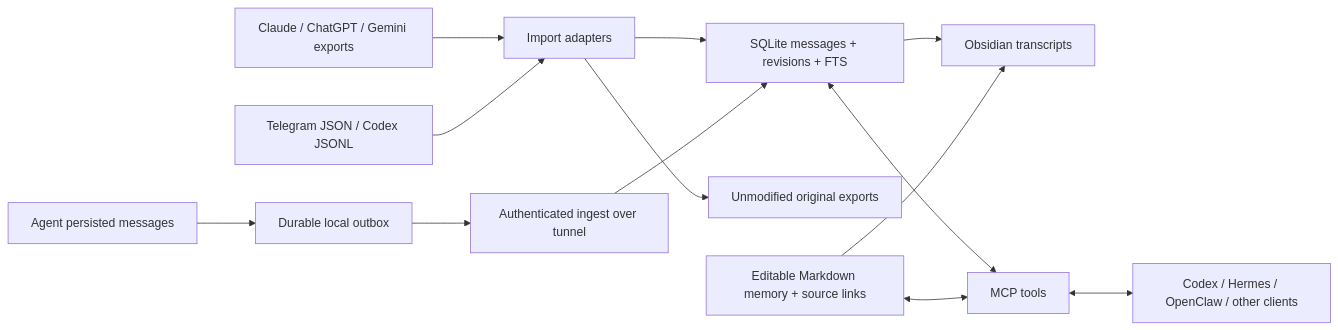
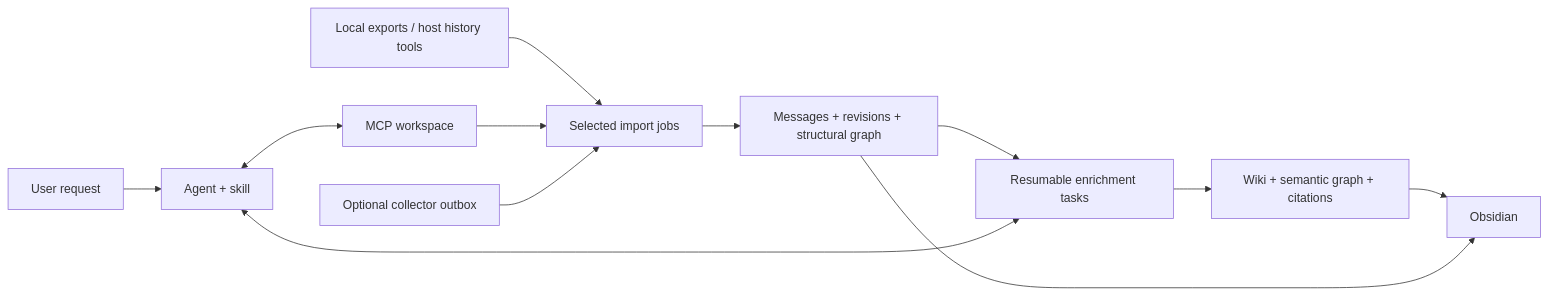
The diagram in README.md (vlemutov/portable-context), drawn with Mermaid before and after one commit. The commit also changed other lines of this file and 24 other files, not shown here.

Commit message:
Add agent-driven import jobs, provenance graph and shared wiki workflow

````diff
--- a/README.md
+++ b/README.md
@@ -15,15 +15,14 @@
 ```mermaid
 flowchart LR
-    A[Claude / ChatGPT / Gemini exports] --> I[Import adapters]
-    T[Telegram JSON / Codex JSONL] --> I
-    P[Agent persisted messages] --> Q[Durable local outbox]
-    Q --> H[Authenticated ingest over tunnel]
-    I --> S[SQLite messages + revisions + FTS]
-    I --> O[Unmodified original exports]
-    H --> S
-    S --> V[Obsidian transcripts]
-    S <--> M[MCP tools]
-    N[Editable Markdown memory + source links] <--> M
-    N --> V
-    M <--> C[Codex / Hermes / OpenClaw / other clients]
+    U[User request] --> A[Agent + skill]
+    A <--> M[MCP workspace]
+    X[Local exports / host history tools] --> J[Selected import jobs]
+    M --> J
+    P[Optional collector outbox] --> J
+    J --> S[Messages + revisions + structural graph]
+    S --> E[Resumable enrichment tasks]
+    A <--> E
+    E --> W[Wiki + semantic graph + citations]
+    W --> O[Obsidian]
+    S --> O
 ```
````
